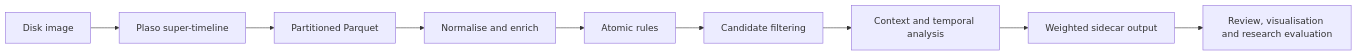
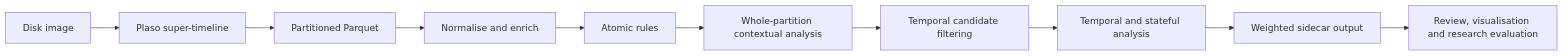
Before and after one commit to benjamindonnachie/ChronoSIFT: the diagram in README.md, drawn with Mermaid. The commit also changed other lines of this file and 9 other files, not shown here.

First line of the commit message:
Add web-server artefact support and whole-partition contextual optimisation

````diff
--- a/README.md
+++ b/README.md
@@ -39,11 +39,12 @@
 ```mermaid
 flowchart LR
     A["Disk image"] --> B["Plaso super-timeline"]
     B --> C["Partitioned Parquet"]
     C --> D["Normalise and enrich"]
     D --> E["Atomic rules"]
-    E --> F["Candidate filtering"]
-    F --> G["Context and temporal analysis"]
-    G --> H["Weighted sidecar output"]
-    H --> I["Review, visualisation and research evaluation"]
+    E --> F["Whole-partition contextual analysis"]
+    F --> G["Temporal candidate filtering"]
+    G --> H["Temporal and stateful analysis"]
+    H --> I["Weighted sidecar output"]
+    I --> J["Review, visualisation and research evaluation"]
 ```
````
